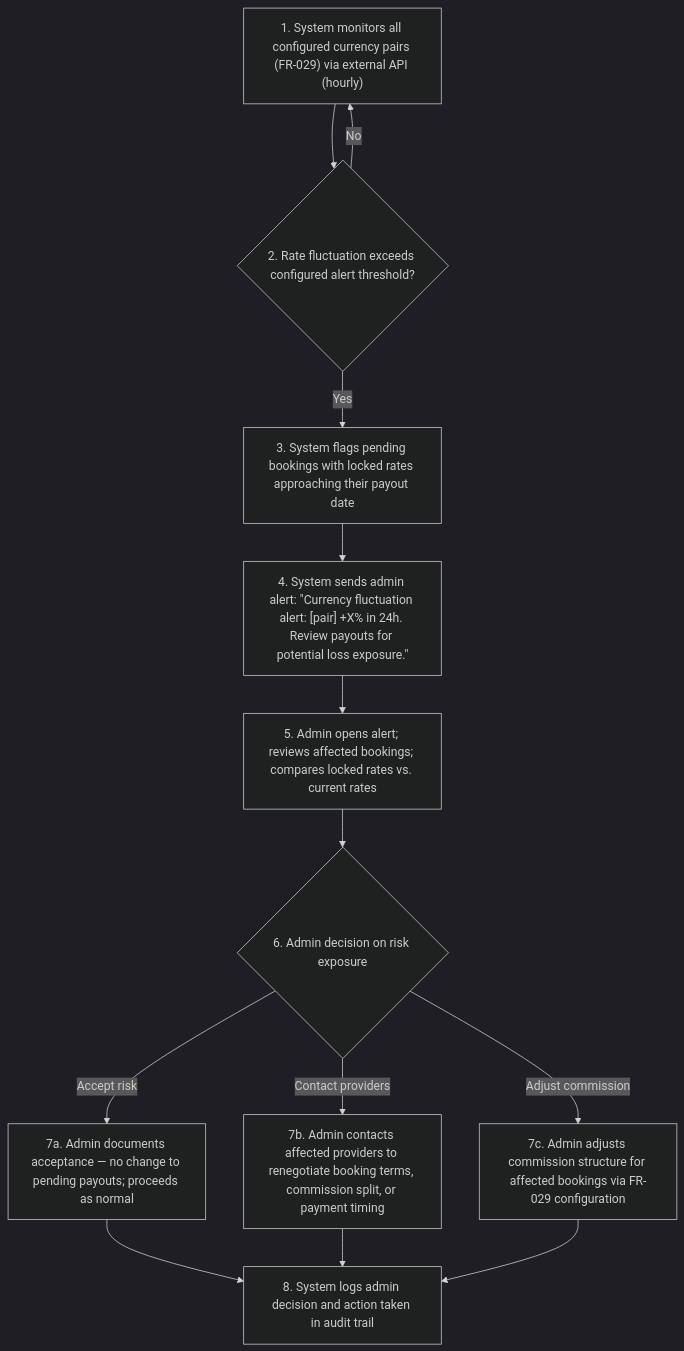
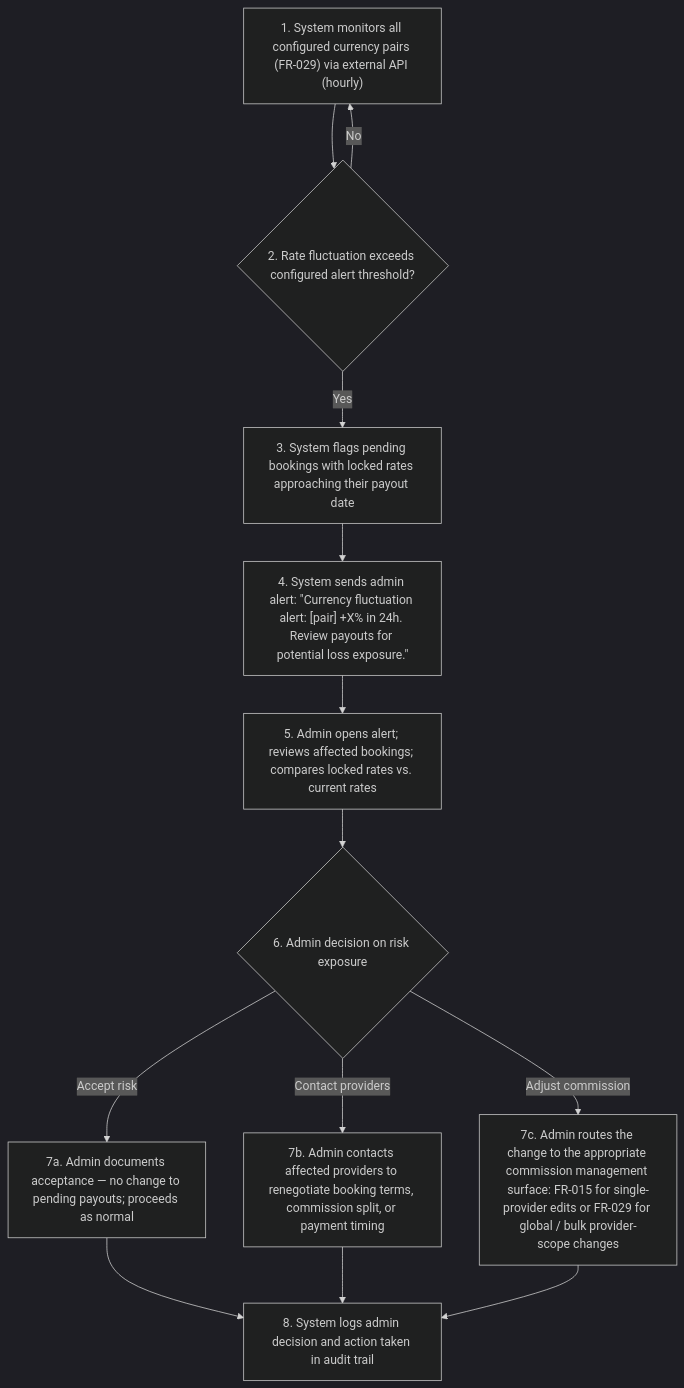
Before and after one commit to joachimtrungtuan/hairline-pm-docs: the fifth of 5 diagrams in project-requirements/functional-requirements/fr017-admin-billing-finance/prd.md, drawn with Mermaid (dark theme). The commit also changed other lines of this file and 17 other files, not shown here.

````diff
--- a/project-requirements/functional-requirements/fr017-admin-billing-finance/prd.md
+++ b/project-requirements/functional-requirements/fr017-admin-billing-finance/prd.md
@@ -252,15 +252,15 @@
 ```mermaid
 flowchart TD
   B3S1["1. System monitors all configured currency pairs (FR-029) via external API (hourly)"] --> B3S2{"2. Rate fluctuation exceeds configured alert threshold?"}
   B3S2 -->|"No"| B3S1
   B3S2 -->|"Yes"| B3S3["3. System flags pending bookings with locked rates approaching their payout date"]
   B3S3 --> B3S4["4. System sends admin alert: &quot;Currency fluctuation alert: [pair] +X% in 24h. Review payouts for potential loss exposure.&quot;"]
   B3S4 --> B3S5["5. Admin opens alert; reviews affected bookings; compares locked rates vs. current rates"]
   B3S5 --> B3S6{"6. Admin decision on risk exposure"}
   B3S6 -->|"Accept risk"| B3S7A["7a. Admin documents acceptance — no change to pending payouts; proceeds as normal"]
   B3S6 -->|"Contact providers"| B3S7B["7b. Admin contacts affected providers to renegotiate booking terms, commission split, or payment timing"]
-  B3S6 -->|"Adjust commission"| B3S7C["7c. Admin adjusts commission structure for affected bookings via FR-029 configuration"]
+  B3S6 -->|"Adjust commission"| B3S7C["7c. Admin routes the change to the appropriate commission management surface: FR-015 for single-provider edits or FR-029 for global / bulk provider-scope changes"]
   B3S7A --> B3S8["8. System logs admin decision and action taken in audit trail"]
   B3S7B --> B3S8
   B3S7C --> B3S8
 ```
````
